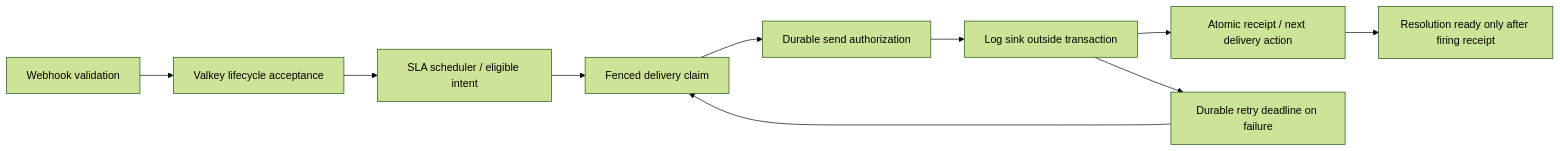
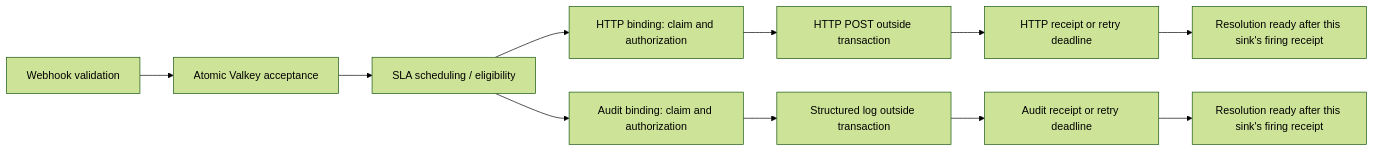
One commit to thenodon/alert-event-receiver changed the diagram in docs/alert-sla-proxy.md. Above: the diagram before and after it, drawn with Mermaid (forest theme). The commit also changed other lines of this file and 20 other files, not shown here.

````diff
--- a/docs/alert-sla-proxy.md
+++ b/docs/alert-sla-proxy.md
@@ -350,12 +350,13 @@
 ```mermaid
 flowchart LR
-    A[Webhook validation] --> B[Valkey lifecycle acceptance]
-    B --> C[SLA scheduler / eligible intent]
-    C --> D[Fenced delivery claim]
-    D --> E[Durable send authorization]
-    E --> F[Log sink outside transaction]
-    F --> G[Atomic receipt / next delivery action]
-    F --> H[Durable retry deadline on failure]
-    H --> D
-    G --> I[Resolution ready only after firing receipt]
+    W[Webhook validation] --> V[Atomic Valkey acceptance]
+    V --> E[SLA scheduling / eligibility]
+    E --> A[HTTP binding: claim and authorization]
+    E --> B[Audit binding: claim and authorization]
+    A --> H[HTTP POST outside transaction]
+    B --> L[Structured log outside transaction]
+    H --> R[HTTP receipt or retry deadline]
+    L --> S[Audit receipt or retry deadline]
+    R --> X[Resolution ready after this sink's firing receipt]
+    S --> Y[Resolution ready after this sink's firing receipt]
 ```
````
